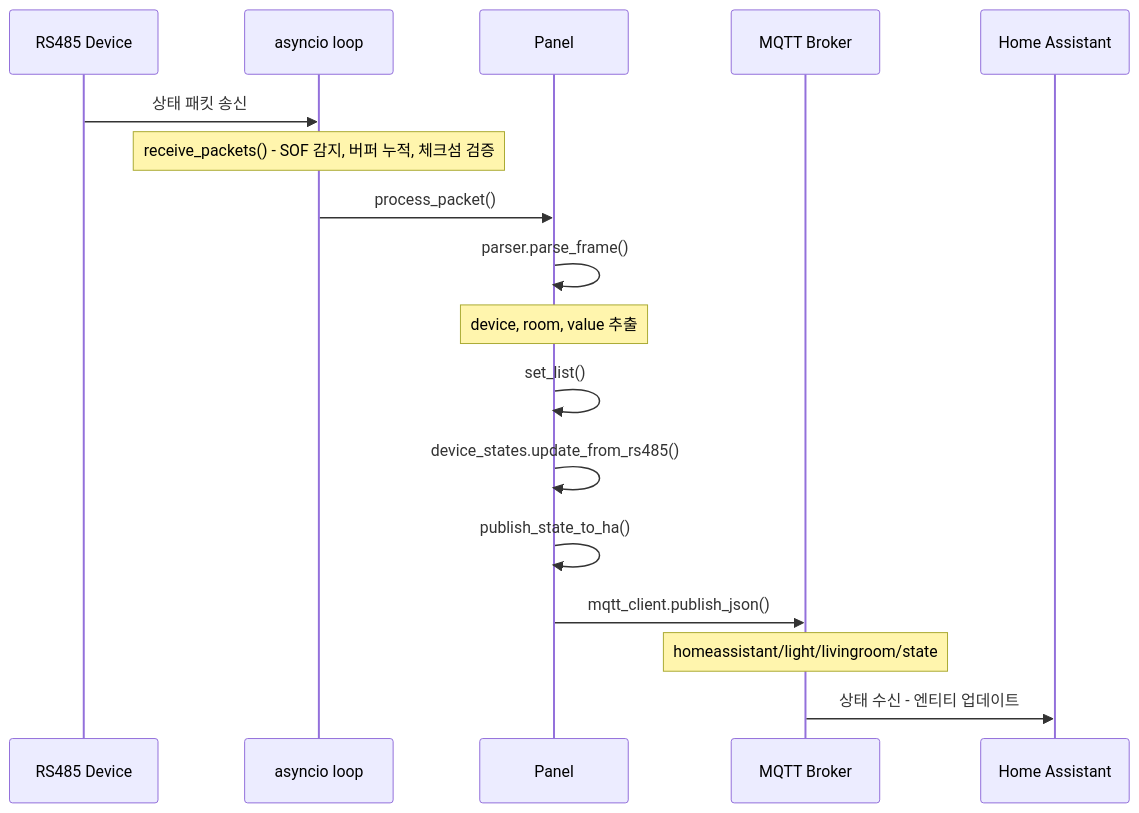
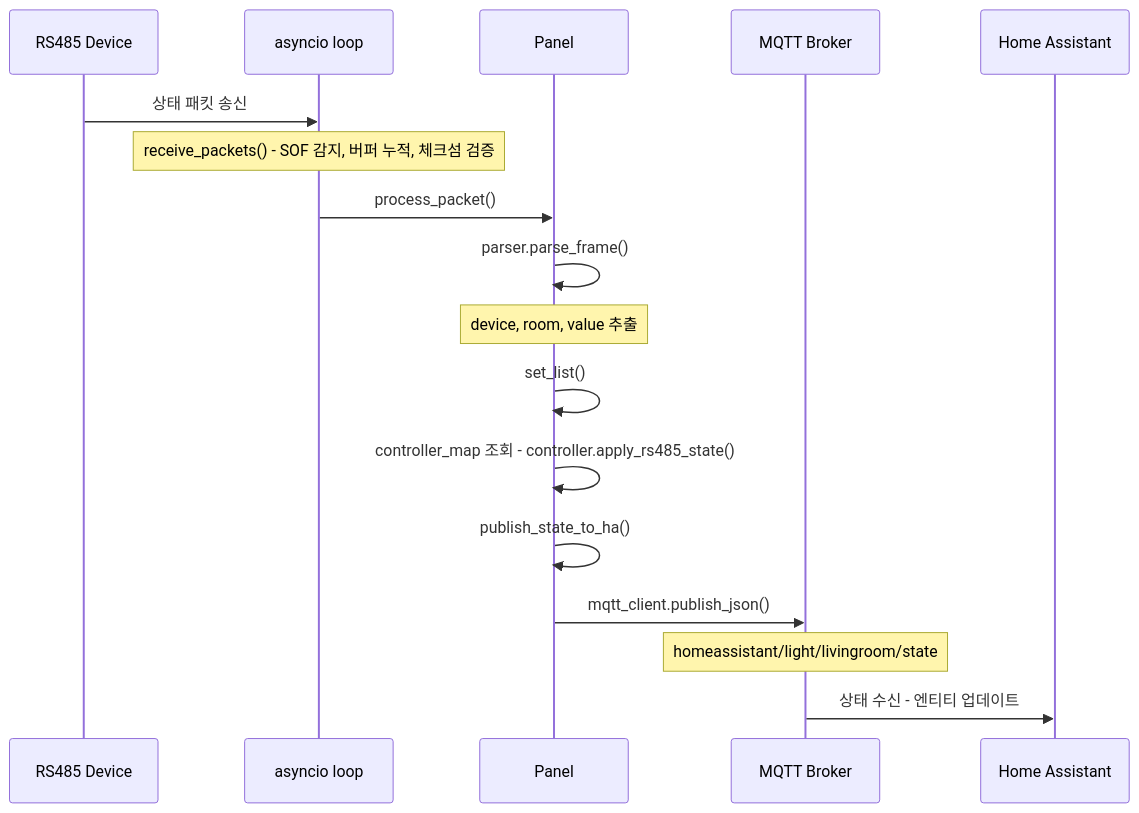
Before and after one commit to indielife/wallpad-mqtt-bridge: the third of 3 diagrams in docs/sequences.md, drawn with Mermaid. The commit also changed other lines of this file and 17 other files, not shown here.

````diff
--- a/docs/sequences.md
+++ b/docs/sequences.md
@@ -89,20 +89,20 @@
 ```mermaid
 sequenceDiagram
     participant RS485 as RS485 Device
     participant aloop as asyncio loop
     participant Panel
     participant Broker as MQTT Broker
     participant HA as Home Assistant
 
     RS485->>aloop: 상태 패킷 송신
     Note over aloop: receive_packets() - SOF 감지, 버퍼 누적, 체크섬 검증
     aloop->>Panel: process_packet()
     Panel->>Panel: parser.parse_frame()
     Note over Panel: device, room, value 추출
     Panel->>Panel: set_list()
-    Panel->>Panel: device_states.update_from_rs485()
+    Panel->>Panel: controller_map 조회 - controller.apply_rs485_state()
     Panel->>Panel: publish_state_to_ha()
     Panel->>Broker: mqtt_client.publish_json()
     Note over Broker: homeassistant/light/livingroom/state
     Broker->>HA: 상태 수신 - 엔티티 업데이트
 ```
````
